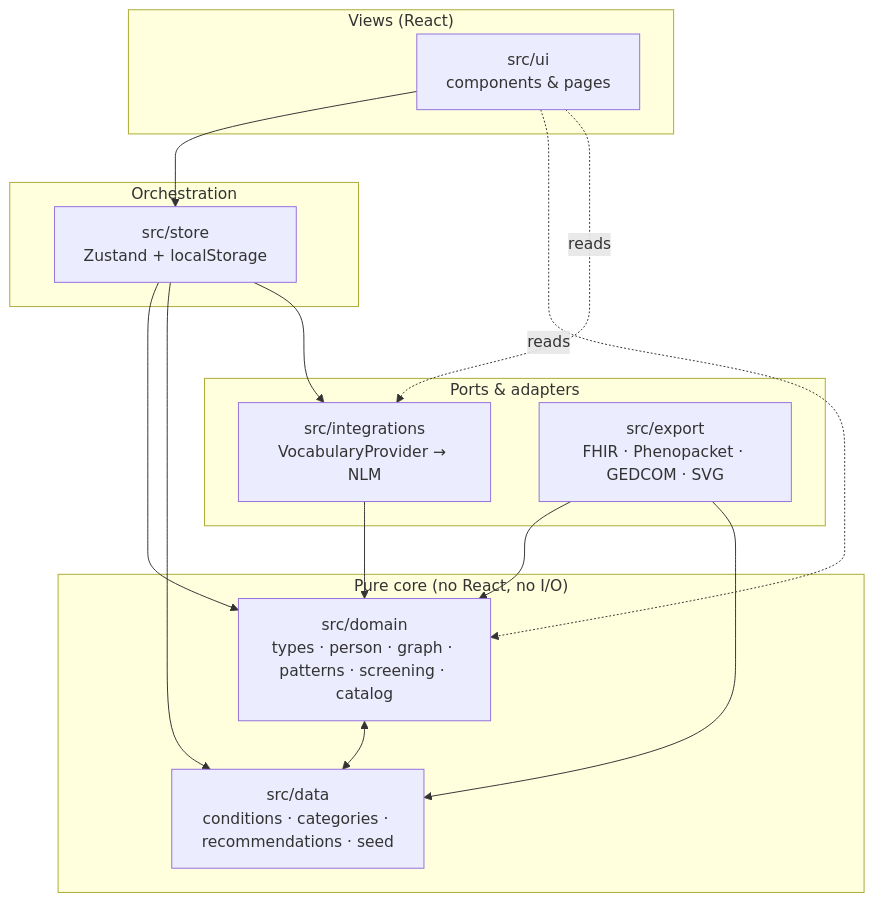
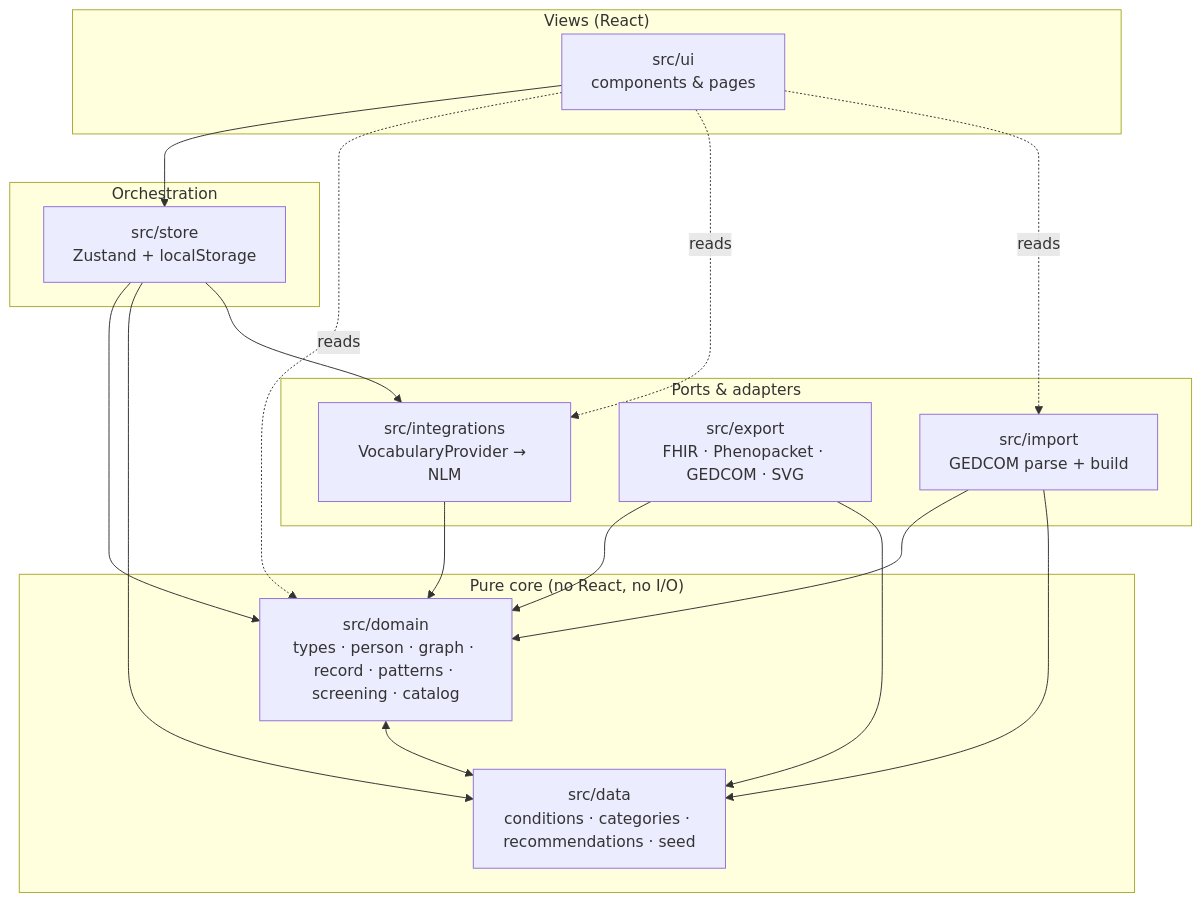
Before and after one commit to kabaka/stemma: the diagram in docs/ARCHITECTURE.md, drawn with Mermaid. The commit also changed other lines of this file and 14 other files, not shown here.

First line of the commit message:
Seed the family pedigree from a GEDCOM file (import) (#3)

````diff
--- a/docs/ARCHITECTURE.md
+++ b/docs/ARCHITECTURE.md
@@ -29,28 +29,32 @@
 ```mermaid
 graph TD
     subgraph views["Views (React)"]
       UI["src/ui<br/>components & pages"]
     end
     subgraph orchestration["Orchestration"]
       STORE["src/store<br/>Zustand + localStorage"]
     end
     subgraph ports["Ports & adapters"]
       INT["src/integrations<br/>VocabularyProvider → NLM"]
       EXP["src/export<br/>FHIR · Phenopacket · GEDCOM · SVG"]
+      IMP["src/import<br/>GEDCOM parse + build"]
     end
     subgraph core["Pure core (no React, no I/O)"]
-      DOMAIN["src/domain<br/>types · person · graph · patterns · screening · catalog"]
+      DOMAIN["src/domain<br/>types · person · graph · record · patterns · screening · catalog"]
       DATA["src/data<br/>conditions · categories · recommendations · seed"]
     end
 
     UI --> STORE
     UI -.reads.-> DOMAIN
     UI -.reads.-> INT
+    UI -.reads.-> IMP
     STORE --> DOMAIN
     STORE --> DATA
     STORE --> INT
     INT --> DOMAIN
     EXP --> DOMAIN
     EXP --> DATA
+    IMP --> DOMAIN
+    IMP --> DATA
     DOMAIN <--> DATA
 ```
````
